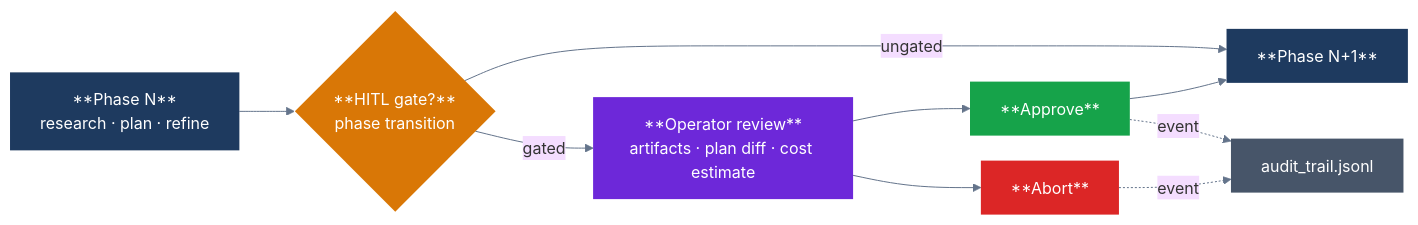
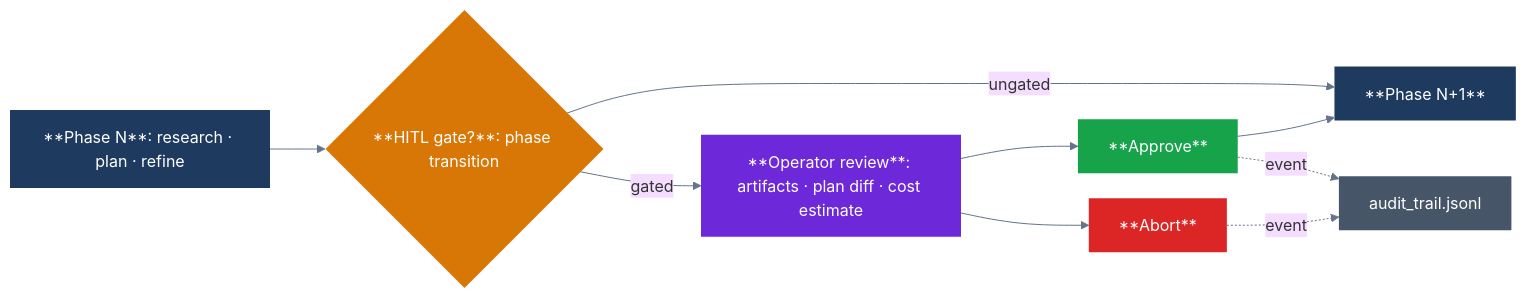
One commit to josefigueredo/multillm-adversarial-convergence changed the diagram in docs/showcase/patterns/11-human-in-the-loop.mmd. Above: the diagram before and after it, drawn with Mermaid. The commit also changed 59 other files, not shown here.

```diff
--- a/docs/showcase/patterns/11-human-in-the-loop.mmd
+++ b/docs/showcase/patterns/11-human-in-the-loop.mmd
@@ -1,25 +1,25 @@
 %%{init: {'theme': 'base', 'themeVariables': {'fontSize': '16px', 'lineColor': '#64748b'}, 'flowchart': {'rankSpacing': 55, 'nodeSpacing': 25, 'curve': 'basis'}}}%%
 flowchart LR
-    P1["**Phase N**\nresearch · plan · refine"]
-    G{"**HITL gate?**\nphase transition"}
-    H["**Operator review**\nartifacts · plan diff · cost estimate"]
+    P1["**Phase N**: research · plan · refine"]
+    G{"**HITL gate?**: phase transition"}
+    H["**Operator review**: artifacts · plan diff · cost estimate"]
     A["**Approve**"]
     X["**Abort**"]
     P2["**Phase N+1**"]
     AUD["audit_trail.jsonl"]
 
     P1 --> G
     G -- gated --> H
     G -- ungated --> P2
     H --> A --> P2
     H --> X
     A -. event .-> AUD
     X -. event .-> AUD
 
     style P1 fill:#1e3a5f,color:#fff,stroke:none
     style G fill:#d97706,color:#fff,stroke:none
     style H fill:#6d28d9,color:#fff,stroke:none
     style A fill:#16a34a,color:#fff,stroke:none
     style X fill:#dc2626,color:#fff,stroke:none
     style P2 fill:#1e3a5f,color:#fff,stroke:none
     style AUD fill:#475569,color:#fff,stroke:none
```
